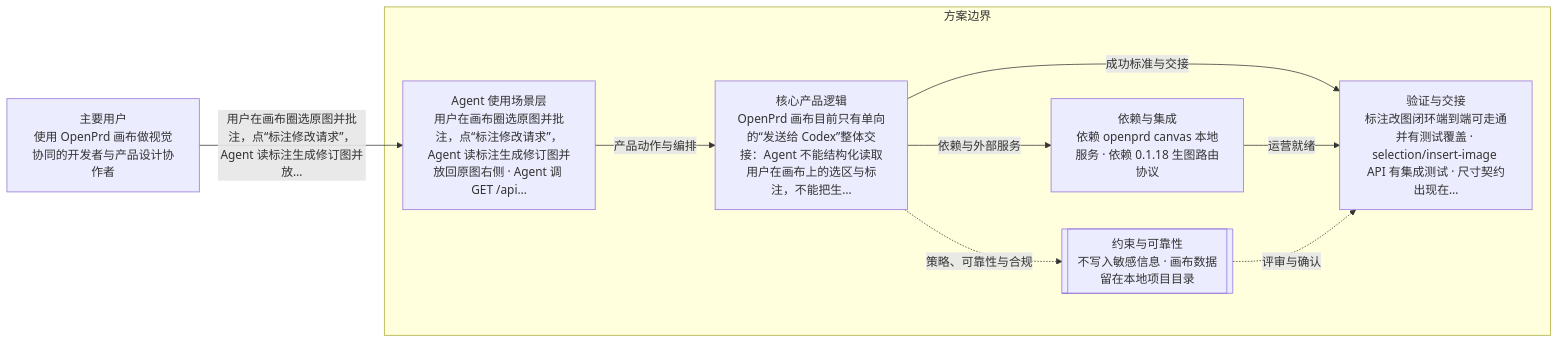
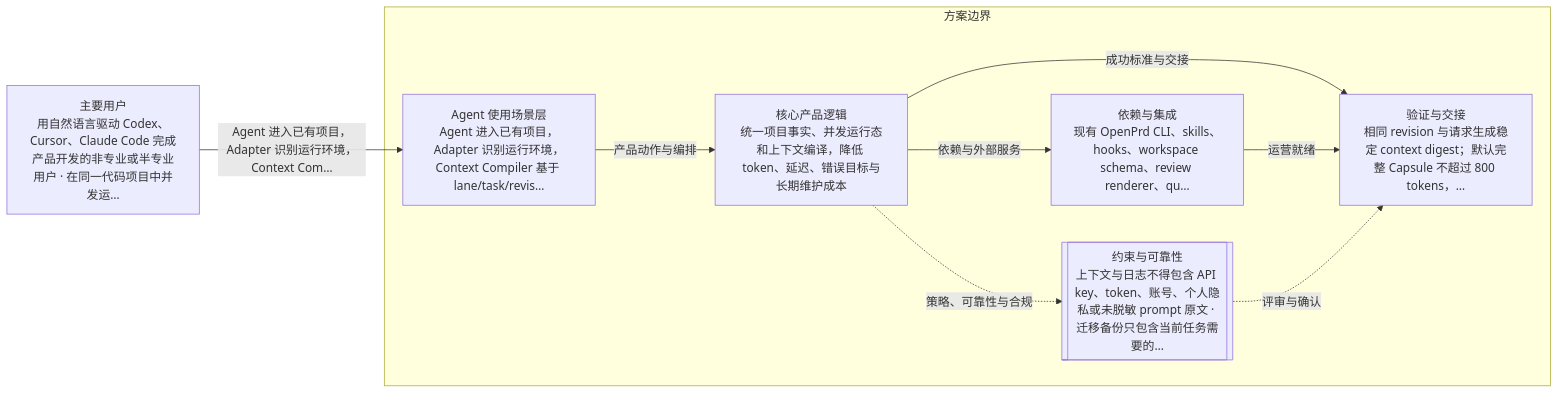
One commit to mileson/open-vibecoding changed the second of 2 diagrams in .openprd/engagements/active/prd.md. Above: the diagram before and after it, drawn with Mermaid. The commit also changed other lines of this file and 201 other files, not shown here.

````diff
--- a/.openprd/engagements/active/prd.md
+++ b/.openprd/engagements/active/prd.md
@@ -140,18 +172,18 @@
 ```mermaid
 flowchart LR
-  users["主要用户<br/>使用 OpenPrd 画布做视觉协同的开发者与产品设计协作者"]
+  users["主要用户<br/>用自然语言驱动 Codex、Cursor、Claude Code 完成产品开发的非专业或半专业用户 · 在同一代码项目中并发运…"]
   subgraph solution["方案边界"]
-    experience["Agent 使用场景层<br/>用户在画布圈选原图并批注，点“标注修改请求”，Agent 读标注生成修订图并放回原图右侧 · Agent 调 GET /api…"]
-    core["核心产品逻辑<br/>OpenPrd 画布目前只有单向的“发送给 Codex”整体交接：Agent 不能结构化读取用户在画布上的选区与标注，不能把生…"]
-    integrations["依赖与集成<br/>依赖 openprd canvas 本地服务 · 依赖 0.1.18 生图路由协议"]
-    governance[["约束与可靠性<br/>不写入敏感信息 · 画布数据留在本地项目目录"]]
-    delivery["验证与交接<br/>标注改图闭环端到端可走通并有测试覆盖 · selection/insert-image API 有集成测试 · 尺寸契约出现在…"]
+    experience["Agent 使用场景层<br/>Agent 进入已有项目，Adapter 识别运行环境，Context Compiler 基于 lane/task/revis…"]
+    core["核心产品逻辑<br/>统一项目事实、并发运行态和上下文编译，降低 token、延迟、错误目标与长期维护成本"]
+    integrations["依赖与集成<br/>现有 OpenPrd CLI、skills、hooks、workspace schema、review renderer、qu…"]
+    governance[["约束与可靠性<br/>上下文与日志不得包含 API key、token、账号、个人隐私或未脱敏 prompt 原文 · 迁移备份只包含当前任务需要的…"]]
+    delivery["验证与交接<br/>相同 revision 与请求生成稳定 context digest；默认完整 Capsule 不超过 800 tokens，…"]
   end
-  users -->|"用户在画布圈选原图并批注，点“标注修改请求”，Agent 读标注生成修订图并放…"| experience
+  users -->|"Agent 进入已有项目，Adapter 识别运行环境，Context Com…"| experience
   experience -->|"产品动作与编排"| core
   core -->|"依赖与外部服务"| integrations
   core -.->|"策略、可靠性与合规"| governance
   core -->|"成功标准与交接"| delivery
   integrations -->|"运营就绪"| delivery
   governance -.->|"评审与确认"| delivery
 ```
````
